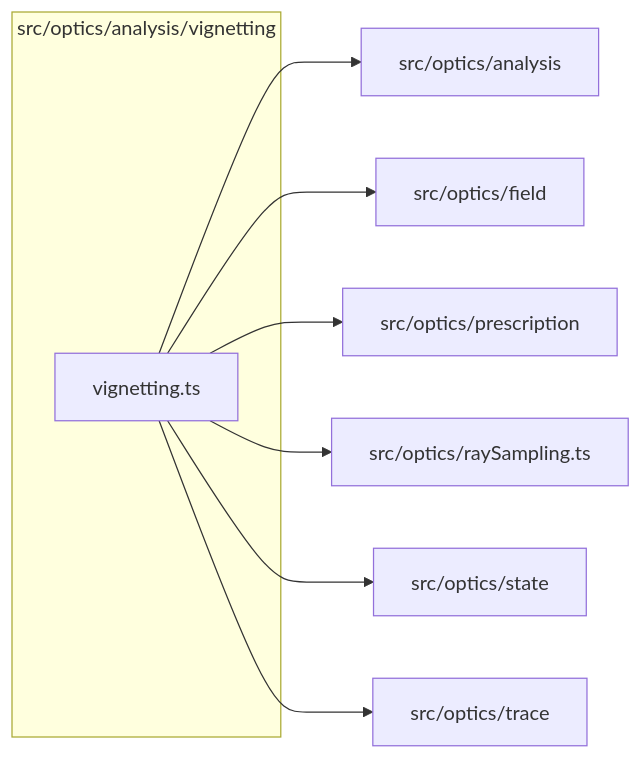
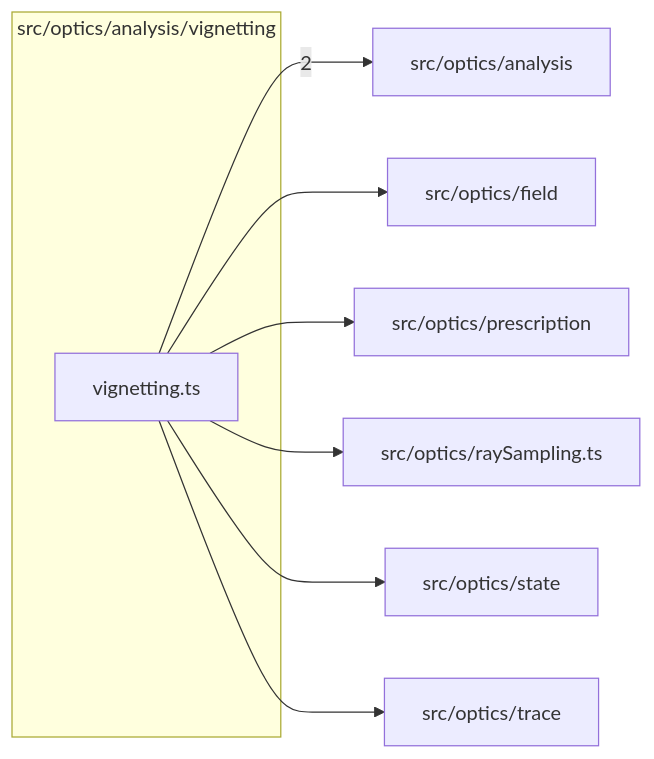
The diagram in src/optics/analysis/vignetting/readme.md (ronbuening/LensVisualizer), drawn with Mermaid before and after one commit. The commit also changed other lines of this file and 34 other files, not shown here.

````diff
--- a/src/optics/analysis/vignetting/readme.md
+++ b/src/optics/analysis/vignetting/readme.md
@@ -9,18 +9,18 @@
 ```mermaid
 flowchart LR
   subgraph n_src_optics_analysis_vignetting["src/optics/analysis/vignetting"]
     n_src_optics_analysis_vignetting_src_optics_analysis_vignetting_vignetting_ts["vignetting.ts"]
   end
   n_external_src_optics_analysis["src/optics/analysis"]
   n_external_src_optics_field["src/optics/field"]
   n_external_src_optics_prescription["src/optics/prescription"]
   n_external_src_optics_raySampling_ts["src/optics/raySampling.ts"]
   n_external_src_optics_state["src/optics/state"]
   n_external_src_optics_trace["src/optics/trace"]
-  n_src_optics_analysis_vignetting_src_optics_analysis_vignetting_vignetting_ts --> n_external_src_optics_analysis
+  n_src_optics_analysis_vignetting_src_optics_analysis_vignetting_vignetting_ts --> |2| n_external_src_optics_analysis
   n_src_optics_analysis_vignetting_src_optics_analysis_vignetting_vignetting_ts --> n_external_src_optics_field
   n_src_optics_analysis_vignetting_src_optics_analysis_vignetting_vignetting_ts --> n_external_src_optics_prescription
   n_src_optics_analysis_vignetting_src_optics_analysis_vignetting_vignetting_ts --> n_external_src_optics_raySampling_ts
   n_src_optics_analysis_vignetting_src_optics_analysis_vignetting_vignetting_ts --> n_external_src_optics_state
   n_src_optics_analysis_vignetting_src_optics_analysis_vignetting_vignetting_ts --> n_external_src_optics_trace
 ```
````
